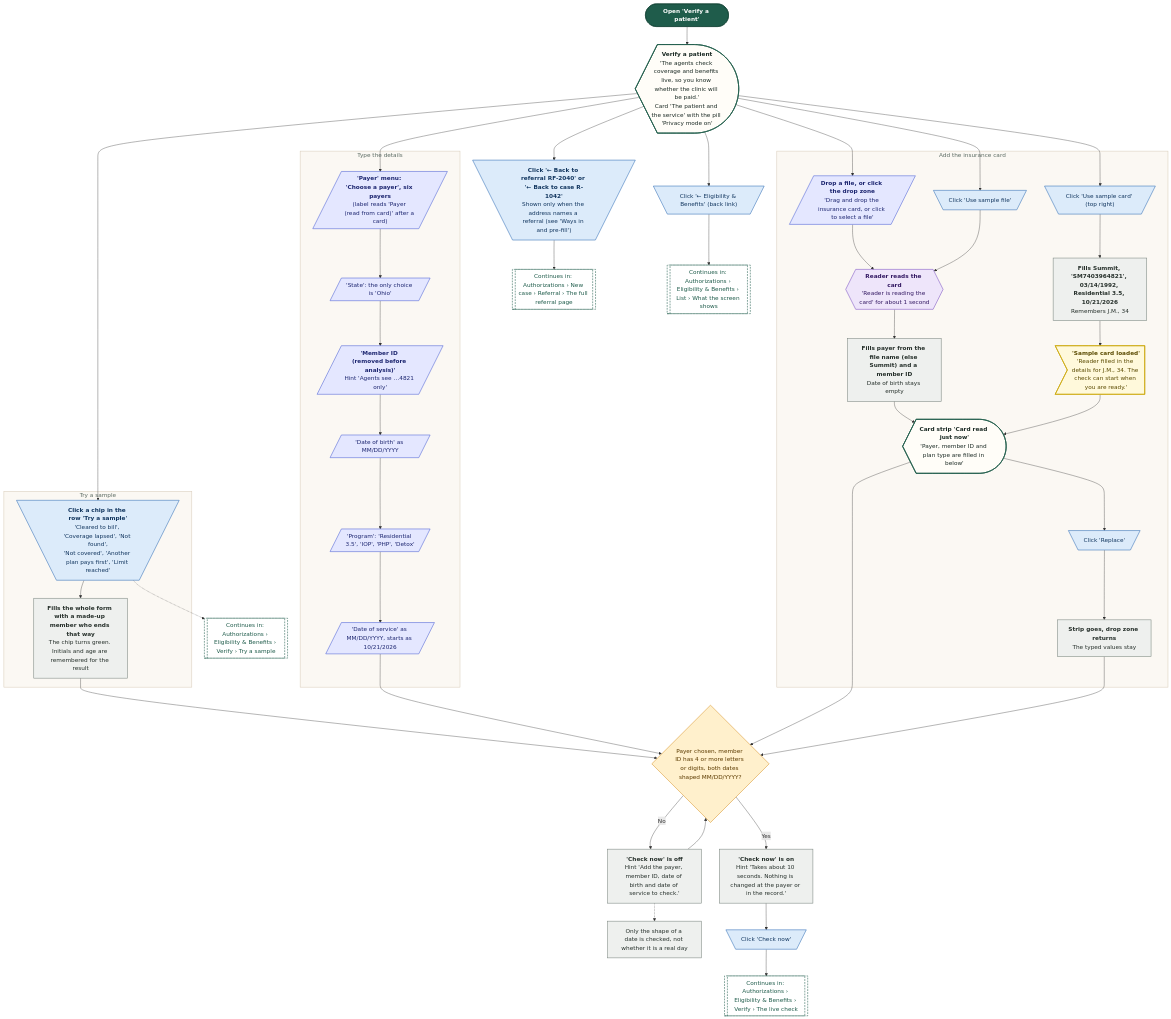
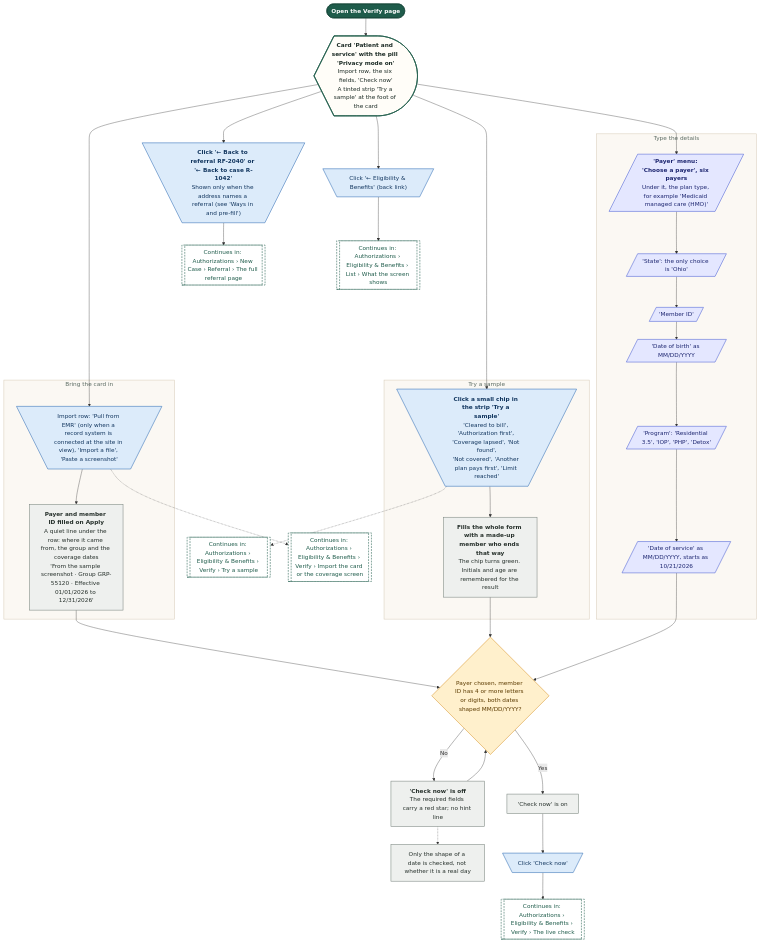
One commit to Shrav143/psyfloapp changed the fifth of 28 diagrams in demos/prior-auth-demo/workflows/out/md/05-eligibility.md. Above: the diagram before and after it, drawn with Mermaid. The commit also changed other lines of this file and 202 other files, not shown here.

First line of the commit message:
docs: round 6 README, CONVENTIONS, spec section 17, diagram module blurbs and 336 rebuilt diagrams

````diff
--- a/demos/prior-auth-demo/workflows/out/md/05-eligibility.md
+++ b/demos/prior-auth-demo/workflows/out/md/05-eligibility.md
@@ -420,69 +352,55 @@
   classDef k_wait fill:#E4E8EE,stroke:#6B7C93,color:#26303D,stroke-width:1.5px
   classDef k_toast fill:#FFF9DB,stroke:#C9A400,color:#5A4A00,stroke-width:1.5px
   classDef k_goto fill:#FFFFFF,stroke:#1F5C4B,color:#1F5C4B,stroke-width:1.5px,stroke-dasharray:5 3
-  s1@{ shape: stadium, label: "Open 'Verify a patient'" }
-  sc@{ shape: curv-trap, label: "<b>Verify a patient</b><br/>'The agents check coverage and benefits live, so you know whether the clinic will be paid.'<br/>Card 'The patient and the service' with the pill 'Privacy mode on'" }
+  s1@{ shape: stadium, label: "Open the Verify page" }
+  sc@{ shape: curv-trap, label: "<b>Card 'Patient and service' with the pill 'Privacy mode on'</b><br/>Import row, the six fields, 'Check now'<br/>A tinted strip 'Try a sample' at the foot of the card" }
   b1@{ shape: trap-t, label: "Click '← Eligibility & Benefits' (back link)" }
   b2@{ shape: trap-t, label: "<b>Click '← Back to referral RF-2040' or '← Back to case R-1042'</b><br/>Shown only when the address names a referral (see 'Ways in and pre-fill')" }
-  g3@{ shape: subproc, label: "Continues in: Authorizations › New case › Referral › The full referral page" }
+  g3@{ shape: subproc, label: "Continues in: Authorizations › New Case › Referral › The full referral page" }
   g0@{ shape: subproc, label: "Continues in: Authorizations › Eligibility & Benefits › List › What the screen shows" }
+  subgraph gImport ["Bring the card in"]
+  f1@{ shape: trap-t, label: "Import row: 'Pull from EMR' (only when a record system is connected at the site in view), 'Import a file', 'Paste a screenshot'" }
+  p1@{ shape: rect, label: "<b>Payer and member ID filled on Apply</b><br/>A quiet line under the row: where it came from, the group and the coverage dates<br/>'From the sample screenshot · Group GRP-55120 · Effective 01/01/2026 to 12/31/2026'" }
+  end
   subgraph gSample ["Try a sample"]
-  f5@{ shape: trap-t, label: "<b>Click a chip in the row 'Try a sample'</b><br/>'Cleared to bill', 'Coverage lapsed', 'Not found',<br/>'Not covered', 'Another plan pays first', 'Limit reached'" }
+  f5@{ shape: trap-t, label: "<b>Click a small chip in the strip 'Try a sample'</b><br/>'Cleared to bill', 'Authorization first', 'Coverage lapsed', 'Not found',<br/>'Not covered', 'Another plan pays first', 'Limit reached'" }
   p7@{ shape: rect, label: "<b>Fills the whole form with a made-up member who ends that way</b><br/>The chip turns green. Initials and age are remembered for the result" }
   end
-  subgraph gCard ["Add the insurance card"]
-  f1@{ shape: lean-r, label: "<b>Drop a file, or click the drop zone</b><br/>'Drag and drop the insurance card, or click to select a file'" }
-  f2@{ shape: trap-t, label: "Click 'Use sample file'" }
-  f3@{ shape: trap-t, label: "Click 'Use sample card' (top right)" }
-  a1@{ shape: hex, label: "<b>Reader reads the card</b><br/>'Reader is reading the card' for about 1 second" }
-  p1@{ shape: rect, label: "<b>Fills payer from the file name (else Summit) and a member ID</b><br/>Date of birth stays empty" }
-  p2@{ shape: rect, label: "<b>Fills Summit, 'SM7403964821', 03/14/1992, Residential 3.5, 10/21/2026</b><br/>Remembers J.M., 34" }
-  t1@{ shape: odd, label: "<b>'Sample card loaded'</b><br/>'Reader filled in the details for J.M., 34. The check can start when you are ready.'" }
-  cs@{ shape: curv-trap, label: "<b>Card strip 'Card read just now'</b><br/>'Payer, member ID and plan type are filled in below'" }
-  f4@{ shape: trap-t, label: "Click 'Replace'" }
-  p3@{ shape: rect, label: "<b>Strip goes, drop zone returns</b><br/>The typed values stay" }
-  end
   subgraph gFields ["Type the details"]
-  i1@{ shape: lean-r, label: "<b>'Payer' menu: 'Choose a payer', six payers</b><br/>(label reads 'Payer (read from card)' after a card)" }
+  i1@{ shape: lean-r, label: "<b>'Payer' menu: 'Choose a payer', six payers</b><br/>Under it, the plan type, for example 'Medicaid managed care (HMO)'" }
   i2@{ shape: lean-r, label: "'State': the only choice is 'Ohio'" }
-  i3@{ shape: lean-r, label: "<b>'Member ID (removed before analysis)'</b><br/>Hint 'Agents see …4821 only'" }
+  i3@{ shape: lean-r, label: "'Member ID'" }
   i4@{ shape: lean-r, label: "'Date of birth' as MM/DD/YYYY" }
   i5@{ shape: lean-r, label: "'Program': 'Residential 3.5', 'IOP', 'PHP', 'Detox'" }
   i6@{ shape: lean-r, label: "'Date of service' as MM/DD/YYYY, starts as 10/21/2026" }
   end
   q1@{ shape: diam, label: "Payer chosen, member ID has 4 or more letters or digits, both dates shaped MM/DD/YYYY?" }
-  p4@{ shape: rect, label: "<b>'Check now' is off</b><br/>Hint 'Add the payer, member ID, date of birth and date of service to check.'" }
+  p4@{ shape: rect, label: "<b>'Check now' is off</b><br/>The required fields carry a red star; no hint line" }
   p5@{ shape: rect, label: "Only the shape of a date is checked, not whether it is a real day" }
-  p6@{ shape: rect, label: "<b>'Check now' is on</b><br/>Hint 'Takes about 10 seconds. Nothing is changed at the payer or in the record.'" }
+  p6@{ shape: rect, label: "'Check now' is on" }
   c1@{ shape: trap-t, label: "Click 'Check now'" }
   g1@{ shape: subproc, label: "Continues in: Authorizations › Eligibility & Benefits › Verify › The live check" }
   g2@{ shape: subproc, label: "Continues in: Authorizations › Eligibility & Benefits › Verify › Try a sample" }
+  g4@{ shape: subproc, label: "Continues in: Authorizations › Eligibility & Benefits › Verify › Import the card or the coverage screen" }
   s1 --> sc
   sc --> b1 --> g0
   sc --> b2 --> g3
+  sc --> f1 --> p1 --> q1
+  f1 -.-> g4
   sc --> f5 --> p7 --> q1
   f5 -.-> g2
-  sc --> f1 --> a1
-  sc --> f2 --> a1
-  a1 --> p1 --> cs
-  sc --> f3 --> p2 --> t1 --> cs
-  cs --> f4 --> p3
   sc --> i1 --> i2 --> i3 --> i4 --> i5 --> i6 --> q1
-  cs --> q1
-  p3 --> q1
   q1 -->|"No"| p4 -.-> p5
   p4 --> q1
   q1 -->|"Yes"| p6 --> c1 --> g1
   class s1 k_start
-  class sc,cs k_screen
-  class b1,b2,f5,f2,f3,f4,c1 k_click
-  class g3,g0,g1,g2 k_goto
-  class p7,p1,p2,p3,p4,p5,p6 k_process
-  class f1,i1,i2,i3,i4,i5,i6 k_input
-  class a1 k_agent
-  class t1 k_toast
+  class sc k_screen
+  class b1,b2,f1,f5,c1 k_click
+  class g3,g0,g1,g2,g4 k_goto
+  class p1,p7,p4,p5,p6 k_process
+  class i1,i2,i3,i4,i5,i6 k_input
   class q1 k_decision
+  style gImport fill:#FBF8F3,stroke:#D9CDBB,stroke-width:1.5px,color:#5B6B63
   style gSample fill:#FBF8F3,stroke:#D9CDBB,stroke-width:1.5px,color:#5B6B63
-  style gCard fill:#FBF8F3,stroke:#D9CDBB,stroke-width:1.5px,color:#5B6B63
   style gFields fill:#FBF8F3,stroke:#D9CDBB,stroke-width:1.5px,color:#5B6B63
 ```
````
